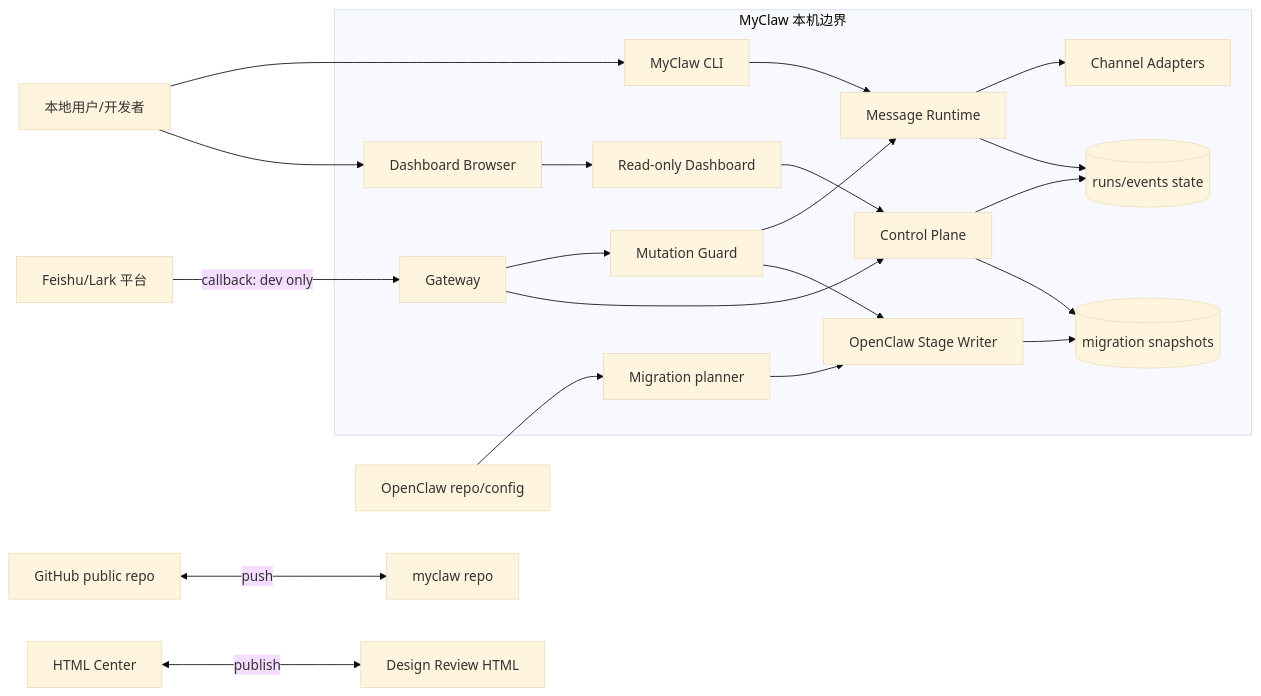
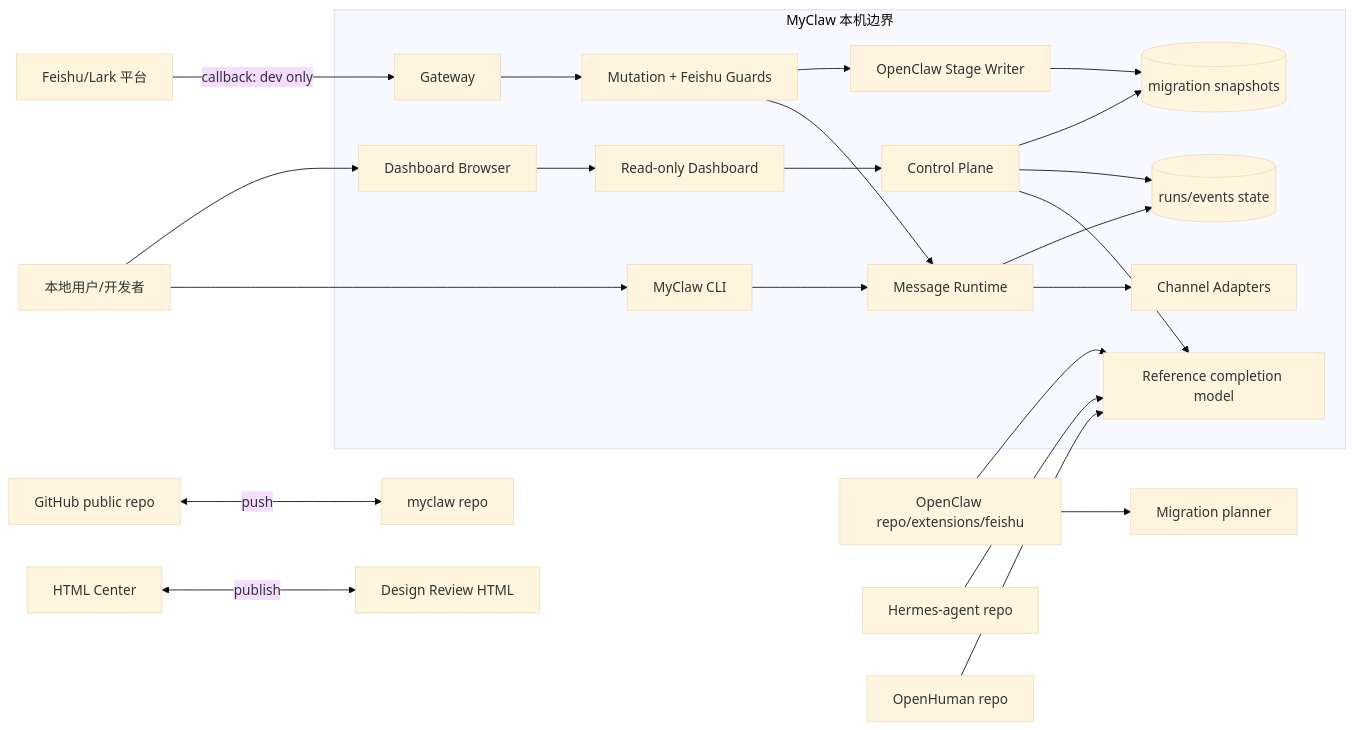
Before and after one commit to mayf3/myclaw: the first of 8 diagrams in docs/implementation-architecture.md, drawn with Mermaid (base theme). The commit also changed other lines of this file and 22 other files, not shown here.

Commit message:
feat: add reference-aware dashboard

````diff
--- a/docs/implementation-architecture.md
+++ b/docs/implementation-architecture.md
@@ -23,25 +44,27 @@
 ```mermaid
 flowchart LR
   User[本地用户/开发者] --> CLI[MyClaw CLI]
   User --> Browser[Dashboard Browser]
   Feishu[Feishu/Lark 平台] -->|callback: dev only| Gateway[Gateway]
-  OpenClaw[OpenClaw repo/config] --> Planner[Migration planner]
+  OpenClaw[OpenClaw repo/extensions/feishu] --> Planner[Migration planner]
+  OpenClaw --> Reference[Reference completion model]
+  Hermes[Hermes-agent repo] --> Reference
+  OpenHuman[OpenHuman repo] --> Reference
   GitHub[GitHub public repo] <-->|push| Repo[myclaw repo]
   HtmlCenter[HTML Center] <-->|publish| Reports[Design Review HTML]
 
   subgraph MyClaw[MyClaw 本机边界]
     CLI --> Runtime[Message Runtime]
-    Gateway --> Guard[Mutation Guard]
+    Gateway --> Guard[Mutation + Feishu Guards]
     Guard --> Runtime
     Guard --> StageWriter[OpenClaw Stage Writer]
     Browser --> DashboardServer[Read-only Dashboard]
-    DashboardServer --> Control
+    DashboardServer --> Control[Control Plane]
     Runtime --> Channels[Channel Adapters]
     Runtime --> State[(runs/events state)]
     StageWriter --> StageState[(migration snapshots)]
-    Planner --> StageWriter
-    Gateway --> Control[Control Plane]
+    Control --> Reference
     Control --> State
     Control --> StageState
   end
 ```
````
